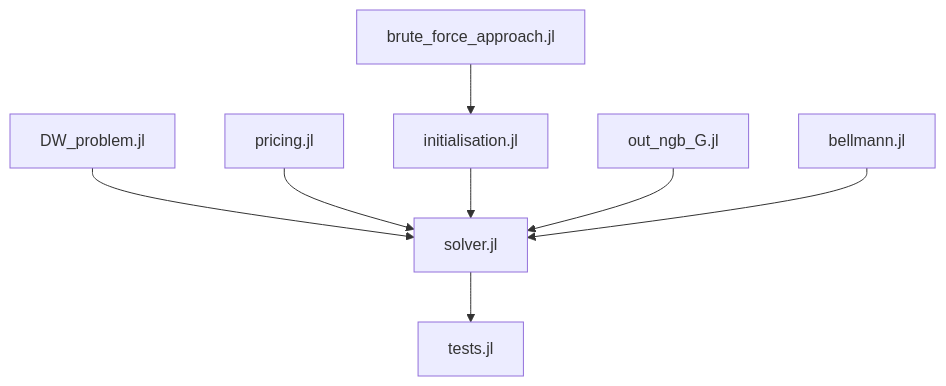
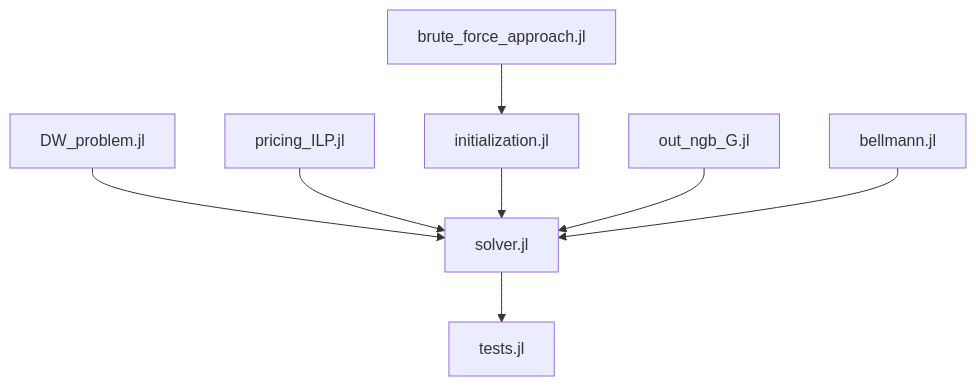
One commit to JeanPousset/Stochastic-programming-KEP-Julia changed the diagram in README.md. Above: the diagram before and after it, drawn with Mermaid. The commit also changed other lines of this file and 10 other files, not shown here.

````diff
--- a/README.md
+++ b/README.md
@@ -12,10 +12,10 @@
 ```mermaid
 graph TD;
     A[DW_problem.jl] --> B[solver.jl];
-    C[pricing.jl] --> B;
-    E[brute_force_approach.jl] --> D[initialisation.jl];
+    C[pricing_ILP.jl] --> B;
+    E[brute_force_approach.jl] --> D[initialization.jl];
     D --> B;
     F[out_ngb_G.jl] --> B;
     G[bellmann.jl] --> B;
     B --> H[tests.jl];
 ```
````
